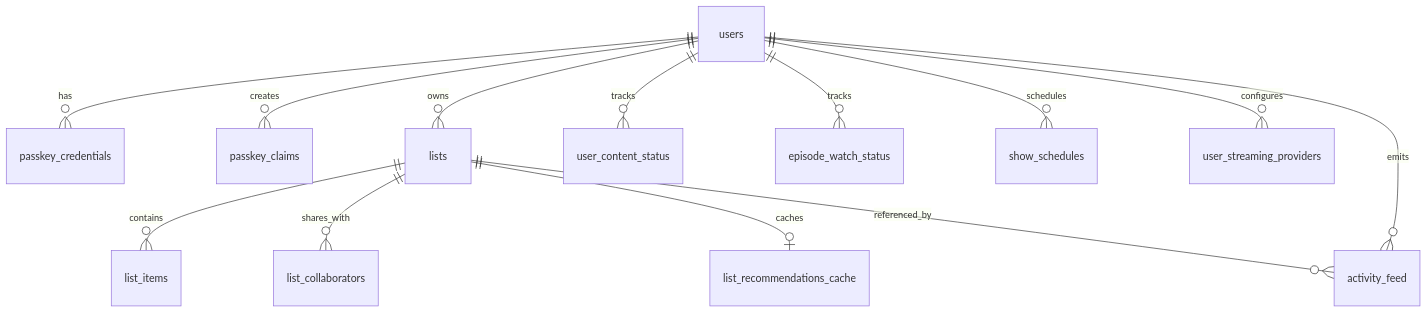
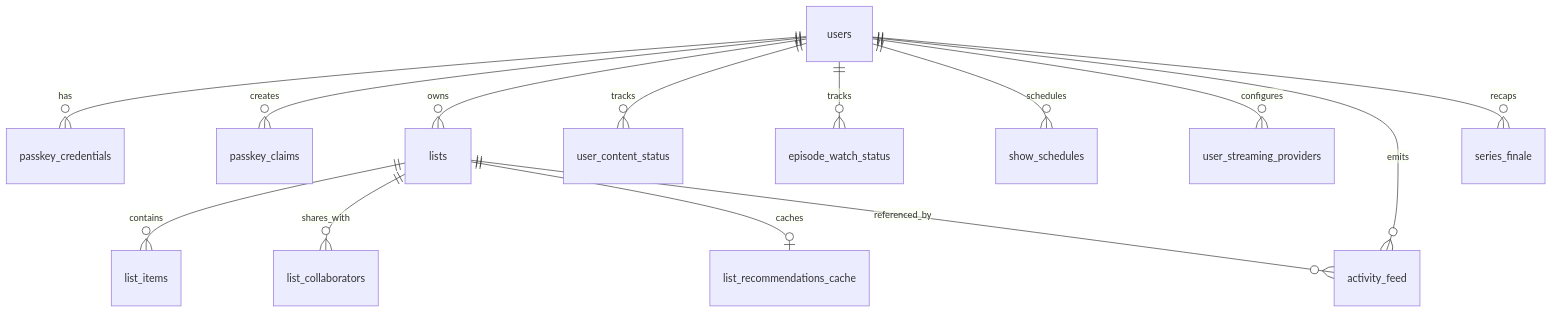
The diagram in docs/database/schema.md (benpaulsen4/watch-this), drawn with Mermaid before and after one commit. The commit also changed other lines of this file and 6 other files, not shown here.

First line of the commit message:
docs: Series Finale technical documentation and launch runbook

````diff
--- a/docs/database/schema.md
+++ b/docs/database/schema.md
@@ -23,18 +23,20 @@
 ```mermaid
 erDiagram
   users ||--o{ passkey_credentials : has
   users ||--o{ passkey_claims : creates
 
   users ||--o{ lists : owns
   lists ||--o{ list_items : contains
   lists ||--o{ list_collaborators : shares_with
   lists ||--o| list_recommendations_cache : caches
 
   users ||--o{ user_content_status : tracks
   users ||--o{ episode_watch_status : tracks
   users ||--o{ show_schedules : schedules
   users ||--o{ user_streaming_providers : configures
 
   users ||--o{ activity_feed : emits
   lists ||--o{ activity_feed : referenced_by
+
+  users ||--o{ series_finale : recaps
 ```
````
